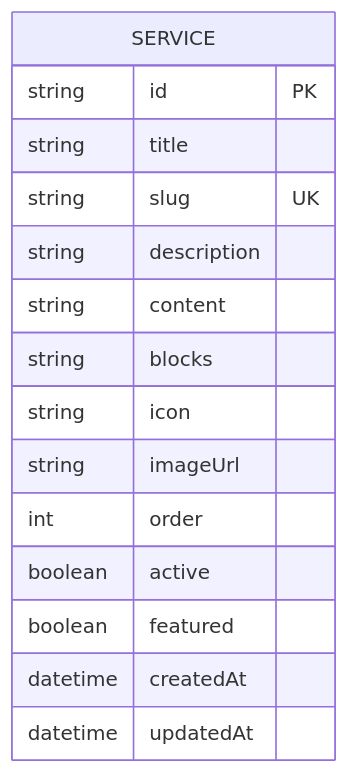
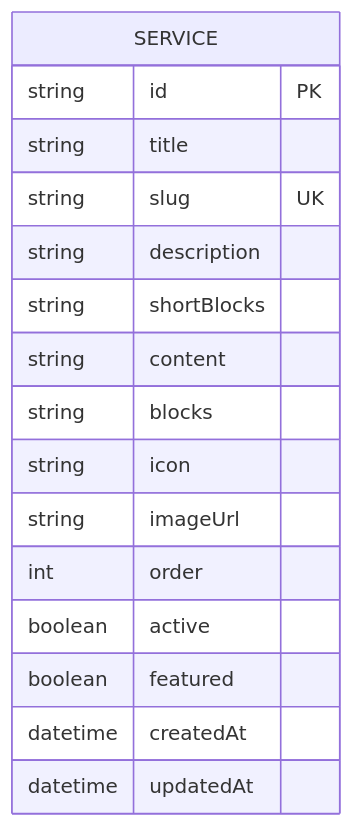
The fifth of 13 diagrams in .qoder/repowiki/en/content/Core Features Implementation/Public Website Features/Services Catalog System.md (xLegarda/GreenAxis), drawn with Mermaid before and after one commit. The commit also changed other lines of this file and 42 other files, not shown here.

````diff
--- a/.qoder/repowiki/en/content/Core Features Implementation/Public Website Features/Services Catalog System.md
+++ b/.qoder/repowiki/en/content/Core Features Implementation/Public Website Features/Services Catalog System.md
@@ -260,18 +274,19 @@
 ```mermaid
 erDiagram
 SERVICE {
 string id PK
 string title
 string slug UK
 string description
+string shortBlocks
 string content
 string blocks
 string icon
 string imageUrl
 int order
 boolean active
 boolean featured
 datetime createdAt
 datetime updatedAt
 }
 ```
````
